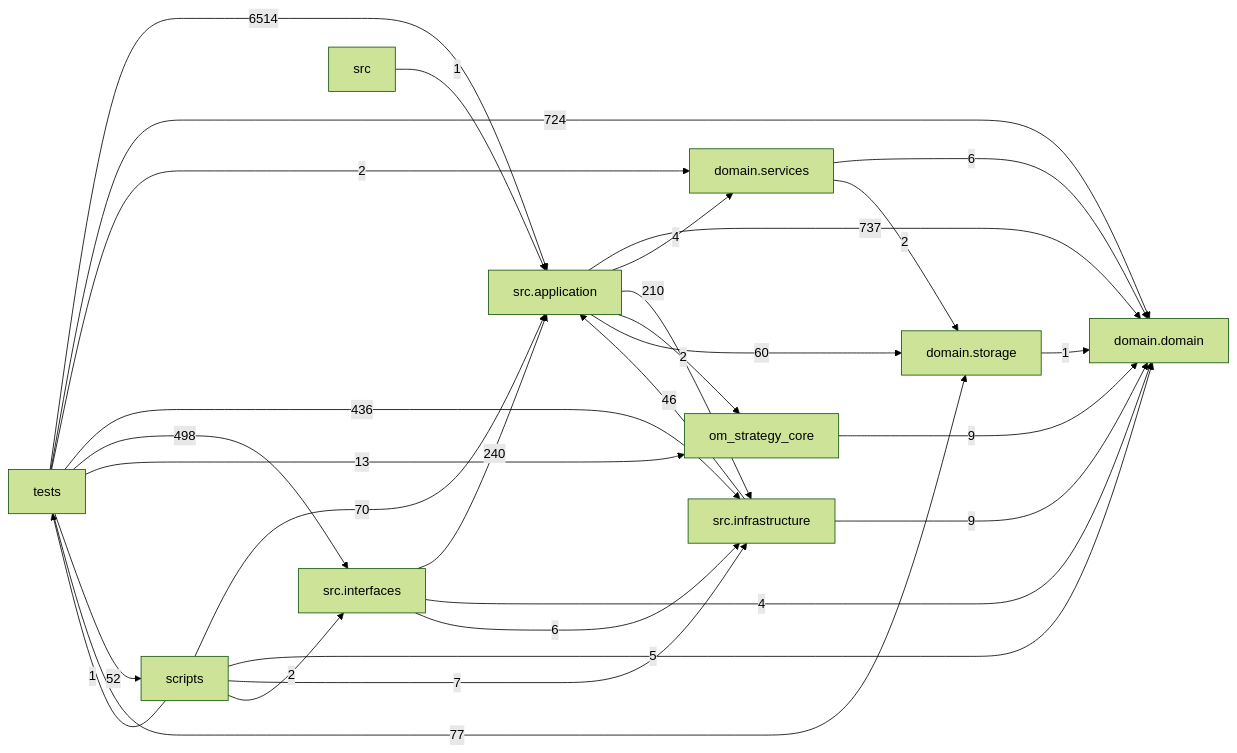
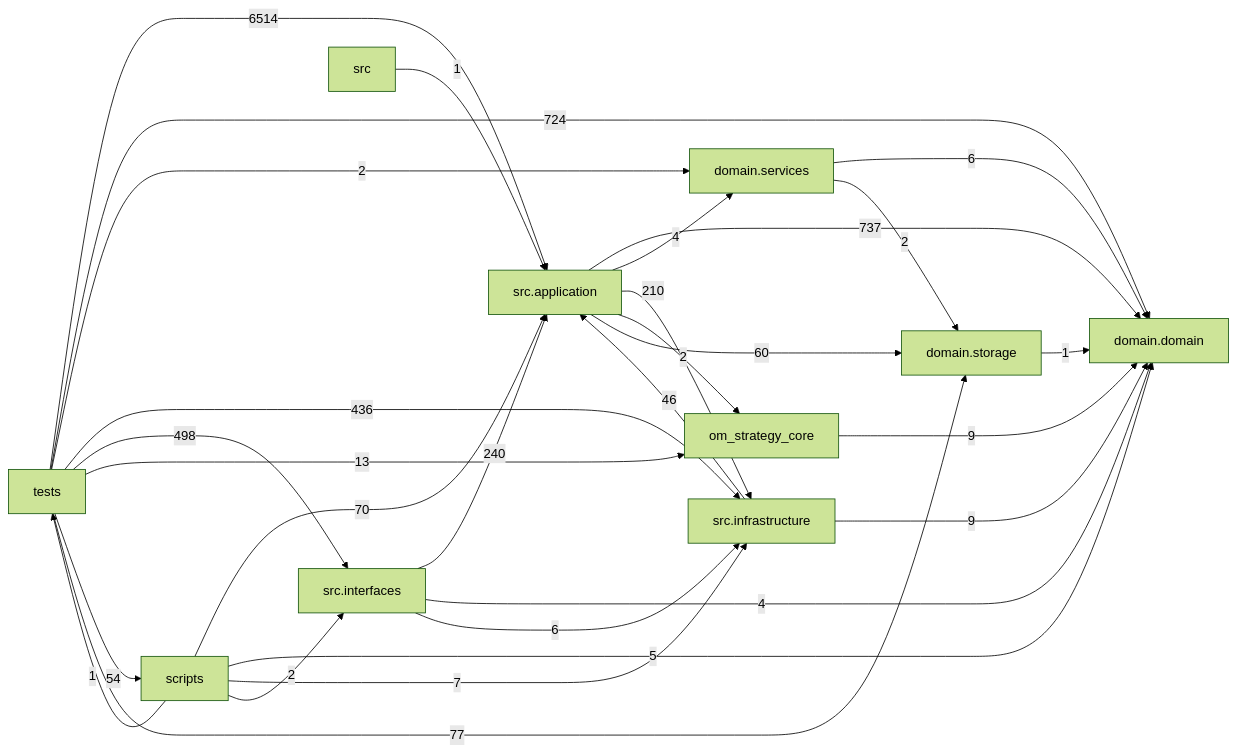
One commit to liuxie066/options-monitor changed the diagram in docs/DEPENDENCY_GRAPH.md. Above: the diagram before and after it, drawn with Mermaid (forest theme). The commit also changed other lines of this file and 4 other files, not shown here.

````diff
--- a/docs/DEPENDENCY_GRAPH.md
+++ b/docs/DEPENDENCY_GRAPH.md
@@ -24,39 +24,39 @@
 ```mermaid
 flowchart LR
   tests["tests"]
   scripts["scripts"]
   interfaces["src.interfaces"]
   application["src.application"]
   infrastructure["src.infrastructure"]
   domain_services["domain.services"]
   domain["domain.domain"]
   storage["domain.storage"]
   application -->|737| domain
   application -->|4| domain_services
   application -->|210| infrastructure
   application -->|2| om_strategy_core
   application -->|60| storage
   domain_services -->|6| domain
   domain_services -->|2| storage
   infrastructure -->|46| application
   infrastructure -->|9| domain
   interfaces -->|240| application
   interfaces -->|4| domain
   interfaces -->|6| infrastructure
   om_strategy_core -->|9| domain
   scripts -->|70| application
   scripts -->|5| domain
   scripts -->|7| infrastructure
   scripts -->|2| interfaces
   scripts -->|1| tests
   src -->|1| application
   storage -->|1| domain
   tests -->|6514| application
   tests -->|724| domain
   tests -->|2| domain_services
   tests -->|436| infrastructure
   tests -->|498| interfaces
   tests -->|13| om_strategy_core
-  tests -->|52| scripts
+  tests -->|54| scripts
   tests -->|77| storage
 ```
````
